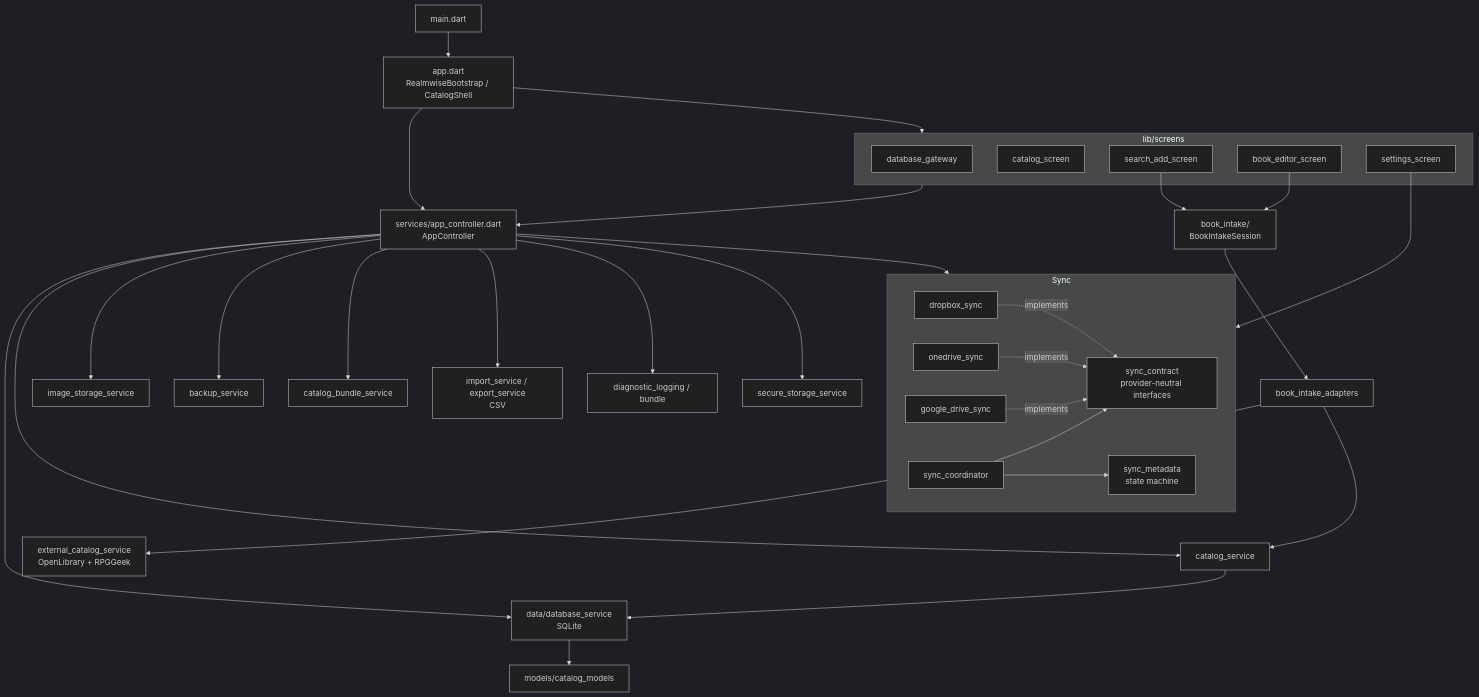
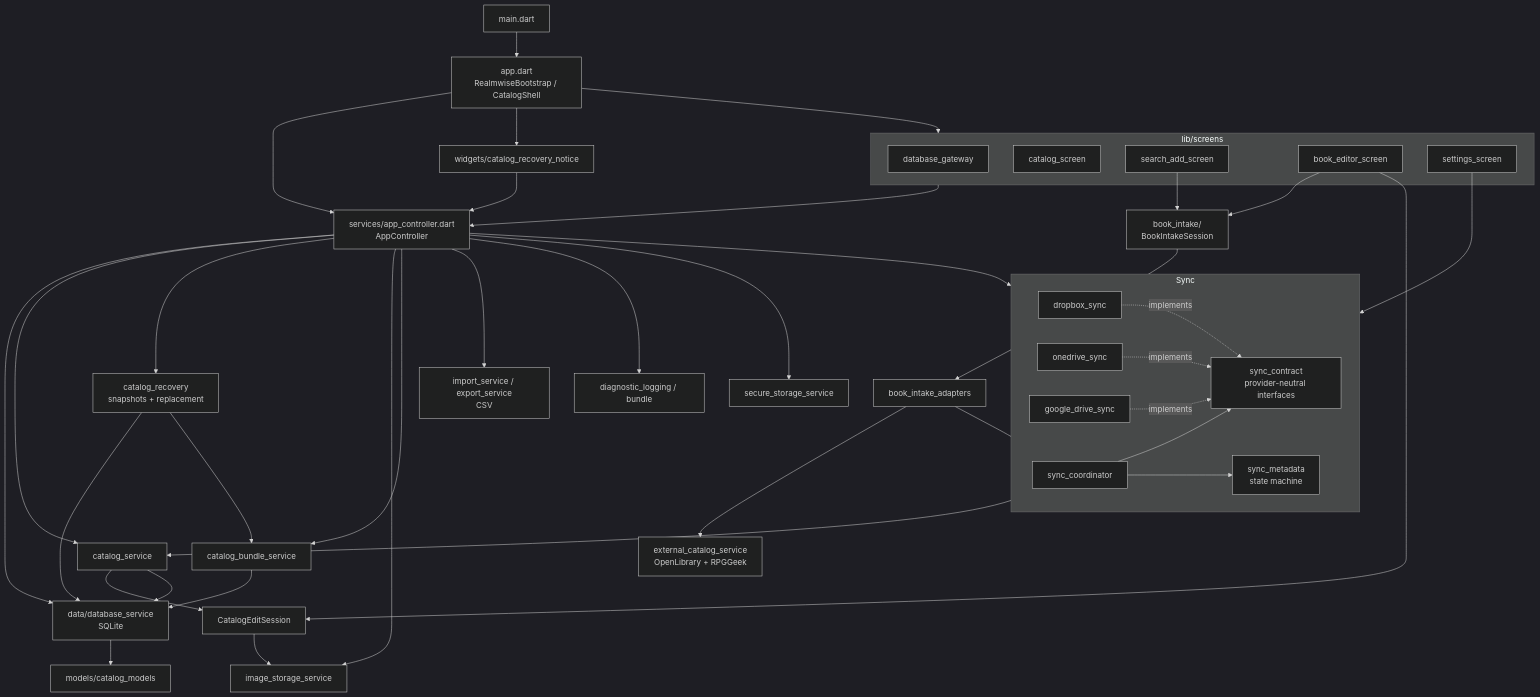
Before and after one commit to the-grognard-codes/realmwise: the diagram in docs/architecture.md, drawn with Mermaid (dark theme). The commit also changed other lines of this file, not shown here.

First line of the commit message:
docs: update architecture map after sync, recovery and editing work

````diff
--- a/docs/architecture.md
+++ b/docs/architecture.md
@@ -7,38 +7,46 @@
 ```mermaid
 flowchart TD
   main[main.dart] --> boot[app.dart<br/>RealmwiseBootstrap / CatalogShell]
   boot --> ctrl[services/app_controller.dart<br/>AppController]
+  boot --> notice[widgets/catalog_recovery_notice]
   boot --> screens
   subgraph screens[lib/screens]
     gw[database_gateway]
     cat[catalog_screen]
     add[search_add_screen]
     ed[book_editor_screen]
     set[settings_screen]
   end
   add --> intake[book_intake/<br/>BookIntakeSession]
   ed --> intake
+  ed --> session[CatalogEditSession]
   intake --> adapters[book_intake_adapters]
   adapters --> ext[external_catalog_service<br/>OpenLibrary + RPGGeek]
   adapters --> csvc[catalog_service]
   screens --> ctrl
+  notice --> ctrl
   set --> sync
   ctrl --> db[data/database_service<br/>SQLite]
   ctrl --> csvc
+  ctrl --> rec[catalog_recovery<br/>snapshots + replacement]
   ctrl --> img[image_storage_service]
-  ctrl --> bak[backup_service]
   ctrl --> bundle[catalog_bundle_service]
   ctrl --> io[import_service / export_service<br/>CSV]
   ctrl --> diag[diagnostic_logging / bundle]
   ctrl --> sec[secure_storage_service]
   ctrl --> sync
   subgraph sync[Sync]
     coord[sync_coordinator] --> contract[sync_contract<br/>provider-neutral interfaces]
     coord --> meta[sync_metadata<br/>state machine]
     gd[google_drive_sync] -.implements.-> contract
     od[onedrive_sync] -.implements.-> contract
     dbx[dropbox_sync] -.implements.-> contract
   end
+  csvc --> session
+  session --> img
   csvc --> db
+  rec --> db
+  rec --> bundle
+  bundle --> db
   db --> models[models/catalog_models]
 ```
````
